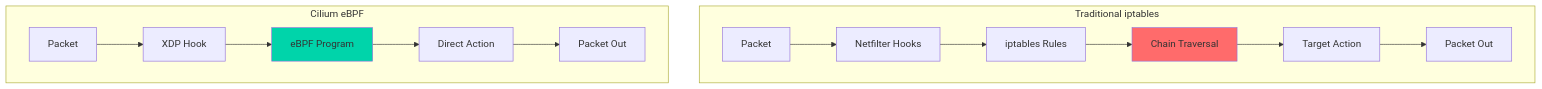
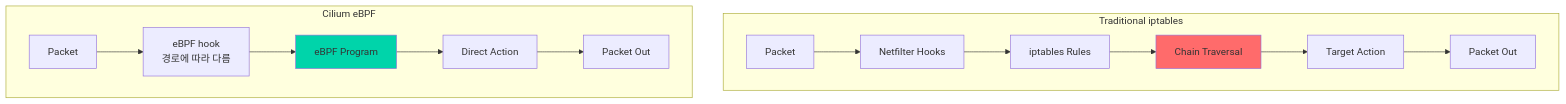
Before and after one commit to devfloor9/engineering-playbook: the first of 6 diagrams in docs/eks-best-practices/networking-performance/gateway-api-adoption-guide/cilium-eni-gateway-api.md, drawn with Mermaid. The commit also changed other lines of this file and 7 other files, not shown here.

````diff
--- a/docs/eks-best-practices/networking-performance/gateway-api-adoption-guide/cilium-eni-gateway-api.md
+++ b/docs/eks-best-practices/networking-performance/gateway-api-adoption-guide/cilium-eni-gateway-api.md
@@ -44,20 +44,20 @@
 ```mermaid
 graph TB
     subgraph "Traditional iptables"
         A[Packet] --> B[Netfilter Hooks]
         B --> C[iptables Rules]
         C --> D[Chain Traversal]
         D --> E[Target Action]
         E --> F[Packet Out]
     end
 
     subgraph "Cilium eBPF"
-        G[Packet] --> H[XDP Hook]
+        G[Packet] --> H[eBPF hook<br/>경로에 따라 다름]
         H --> I[eBPF Program]
         I --> J[Direct Action]
         J --> K[Packet Out]
     end
 
     style I fill:#00D4AA
     style D fill:#FF6B6B
 ```
````
